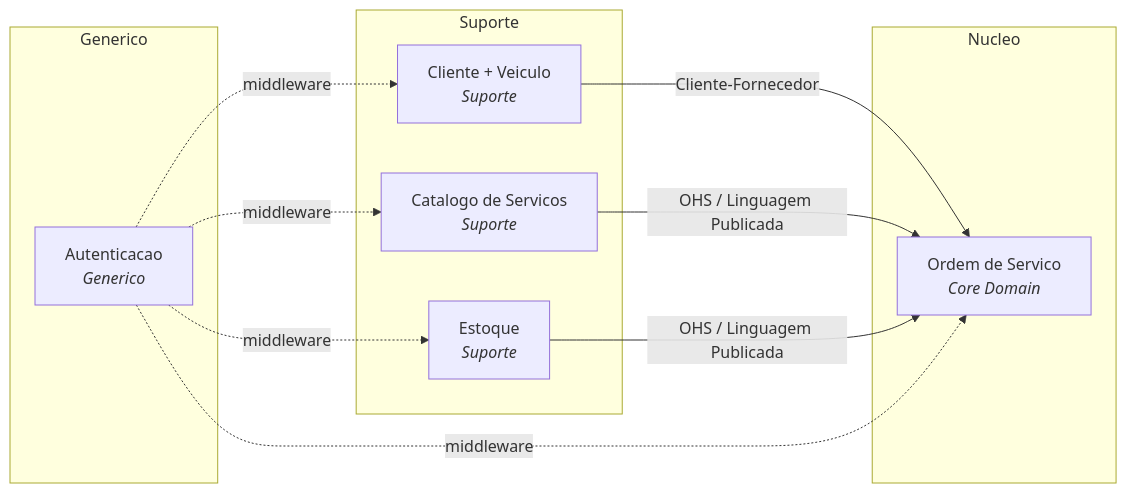
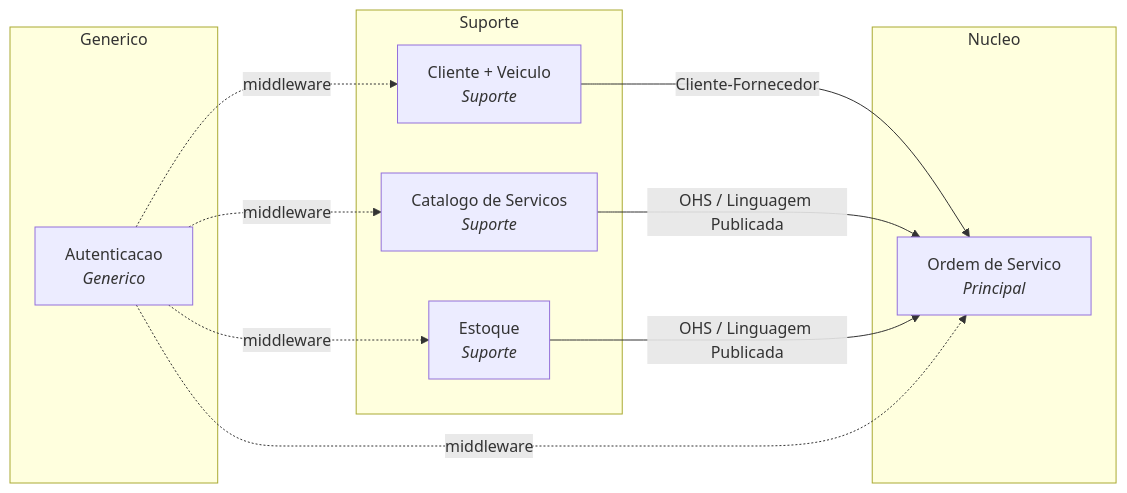
One commit to fiap-postech-sw-architecture/postech-sw-arch-p2 changed the first of 2 diagrams in docs/arquitetura/mapa-contextos.md. Above: the diagram before and after it, drawn with Mermaid. The commit also changed other lines of this file and 9 other files, not shown here.

Commit message:
fix: alinhar nomenclatura de subdomínios com aulas FIAP (Core → Principal) (#14)

````diff
--- a/docs/arquitetura/mapa-contextos.md
+++ b/docs/arquitetura/mapa-contextos.md
@@ -7,22 +7,22 @@
 ```mermaid
 graph LR
     subgraph Nucleo
-        OS[Ordem de Servico<br/><i>Core Domain</i>]
+        OS[Ordem de Servico<br/><i>Principal</i>]
     end
     subgraph Suporte
         C[Cliente + Veiculo<br/><i>Suporte</i>]
         CS[Catalogo de Servicos<br/><i>Suporte</i>]
         E[Estoque<br/><i>Suporte</i>]
     end
     subgraph Generico
         A[Autenticacao<br/><i>Generico</i>]
     end
 
     C -->|Cliente-Fornecedor| OS
     CS -->|OHS / Linguagem Publicada| OS
     E -->|OHS / Linguagem Publicada| OS
     A -.->|middleware| OS
     A -.->|middleware| C
     A -.->|middleware| CS
     A -.->|middleware| E
 ```
````
